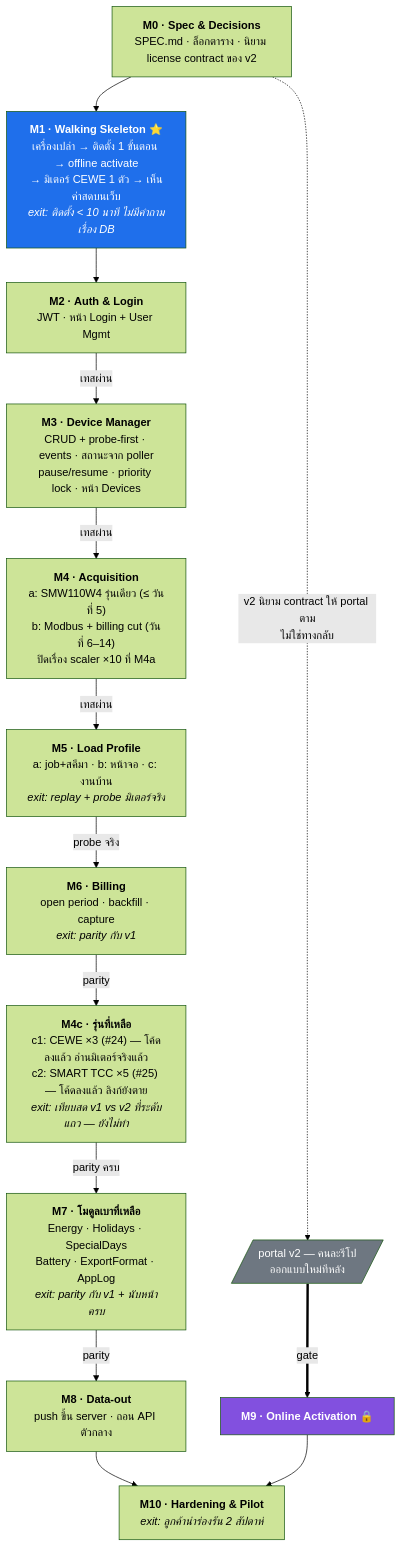
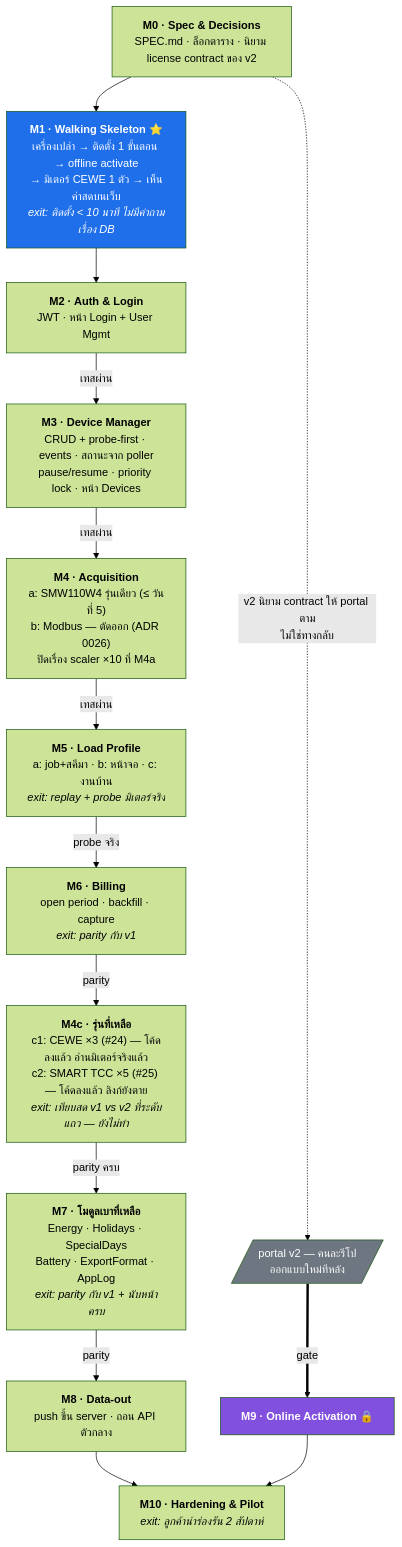
The second of 4 diagrams in docs/REMAKE-PLAN.md (sunchanin/arichds-application-v2), drawn with Mermaid (forest theme) before and after one commit. The commit also changed other lines of this file and 6 other files, not shown here.

First line of the commit message:
docs: Modbus stays in the owner's Go program — M4b dropped (ADR 0026), plan brought up to date

````diff
--- a/docs/REMAKE-PLAN.md
+++ b/docs/REMAKE-PLAN.md
@@ -87,24 +101,24 @@
 ```mermaid
 flowchart TD
     M0["<b>M0 · Spec & Decisions</b><br/>SPEC.md · ล็อกตาราง · นิยาม license contract ของ v2"]
     M1["<b>M1 · Walking Skeleton</b> ⭐<br/>เครื่องเปล่า → ติดตั้ง 1 ขั้นตอน → offline activate<br/>→ มิเตอร์ CEWE 1 ตัว → เห็นค่าสดบนเว็บ<br/><i>exit: ติดตั้ง &lt; 10 นาที ไม่มีคำถามเรื่อง DB</i>"]
     M2["<b>M2 · Auth & Login</b><br/>JWT · หน้า Login + User Mgmt"]
     M3["<b>M3 · Device Manager</b><br/>CRUD + probe-first · events · สถานะจาก poller<br/>pause/resume · priority lock · หน้า Devices"]
-    M4["<b>M4 · Acquisition</b><br/>a: SMW110W4 รุ่นเดียว (≤ วันที่ 5)<br/>b: Modbus + billing cut (วันที่ 6–14)<br/>ปิดเรื่อง scaler ×10 ที่ M4a"]
+    M4["<b>M4 · Acquisition</b><br/>a: SMW110W4 รุ่นเดียว (≤ วันที่ 5)<br/>b: Modbus — ตัดออก (ADR 0026)<br/>ปิดเรื่อง scaler ×10 ที่ M4a"]
     M4C["<b>M4c · รุ่นที่เหลือ</b><br/>c1: CEWE ×3 (#24) — โค้ดลงแล้ว อ่านมิเตอร์จริงแล้ว<br/>c2: SMART TCC ×5 (#25) — โค้ดลงแล้ว ลิงก์ยังตาย<br/><i>exit: เทียบสด v1 vs v2 ที่ระดับแถว — ยังไม่ทำ</i>"]
     M5["<b>M5 · Load Profile</b><br/>a: job+สคีมา · b: หน้าจอ · c: งานบ้าน<br/><i>exit: replay + probe มิเตอร์จริง</i>"]
     M6["<b>M6 · Billing</b><br/>open period · backfill · capture<br/><i>exit: parity กับ v1</i>"]
     M7["<b>M7 · โมดูลเบาที่เหลือ</b><br/>Energy · Holidays · SpecialDays<br/>Battery · ExportFormat · AppLog<br/><i>exit: parity กับ v1 + นับหน้าครบ</i>"]
     M8["<b>M8 · Data-out</b><br/>push ขึ้น server · ถอน API ตัวกลาง"]
     M9["<b>M9 · Online Activation</b> 🔒"]
     M10["<b>M10 · Hardening & Pilot</b><br/><i>exit: ลูกค้านำร่องรัน 2 สัปดาห์</i>"]
     PORTAL[/"portal v2 — คนละรีโป<br/>ออกแบบใหม่ทีหลัง"/]
 
     M0 --> M1 --> M2 -- "เทสผ่าน" --> M3 -- "เทสผ่าน" --> M4 -- "เทสผ่าน" --> M5 -- "probe จริง" --> M6 -- "parity" --> M4C -- "parity ครบ" --> M7 -- "parity" --> M8 --> M10
     M0 -. "v2 นิยาม contract ให้ portal ตาม<br/>ไม่ใช่ทางกลับ" .-> PORTAL
     PORTAL == "gate" ==> M9 --> M10
 
     style M1 fill:#1f6feb,color:#fff
     style M9 fill:#8250df,color:#fff
     style PORTAL fill:#6e7781,color:#fff
 ```
````
